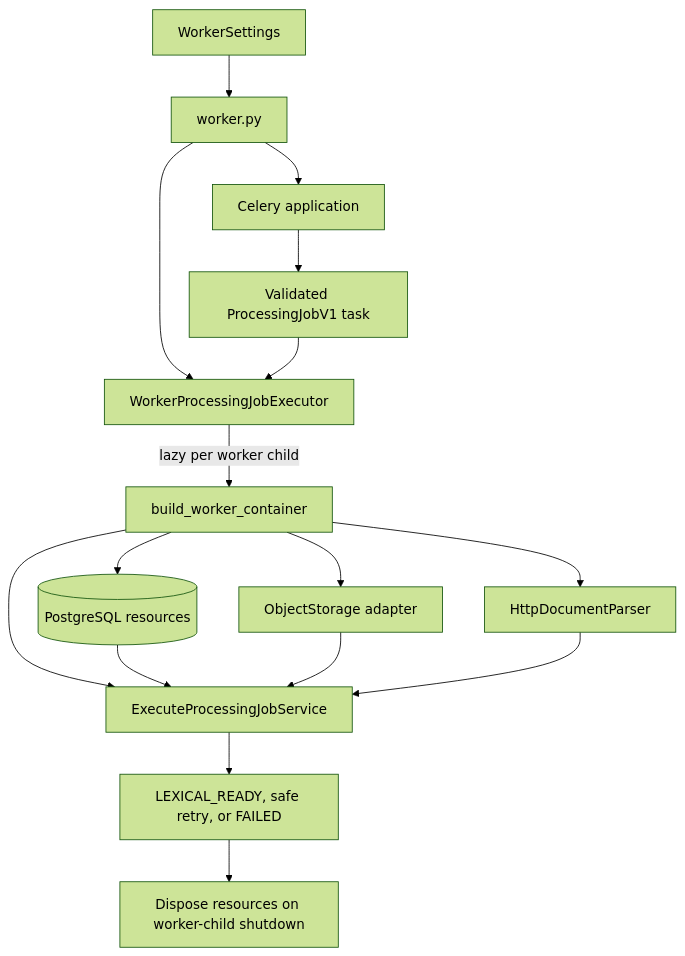
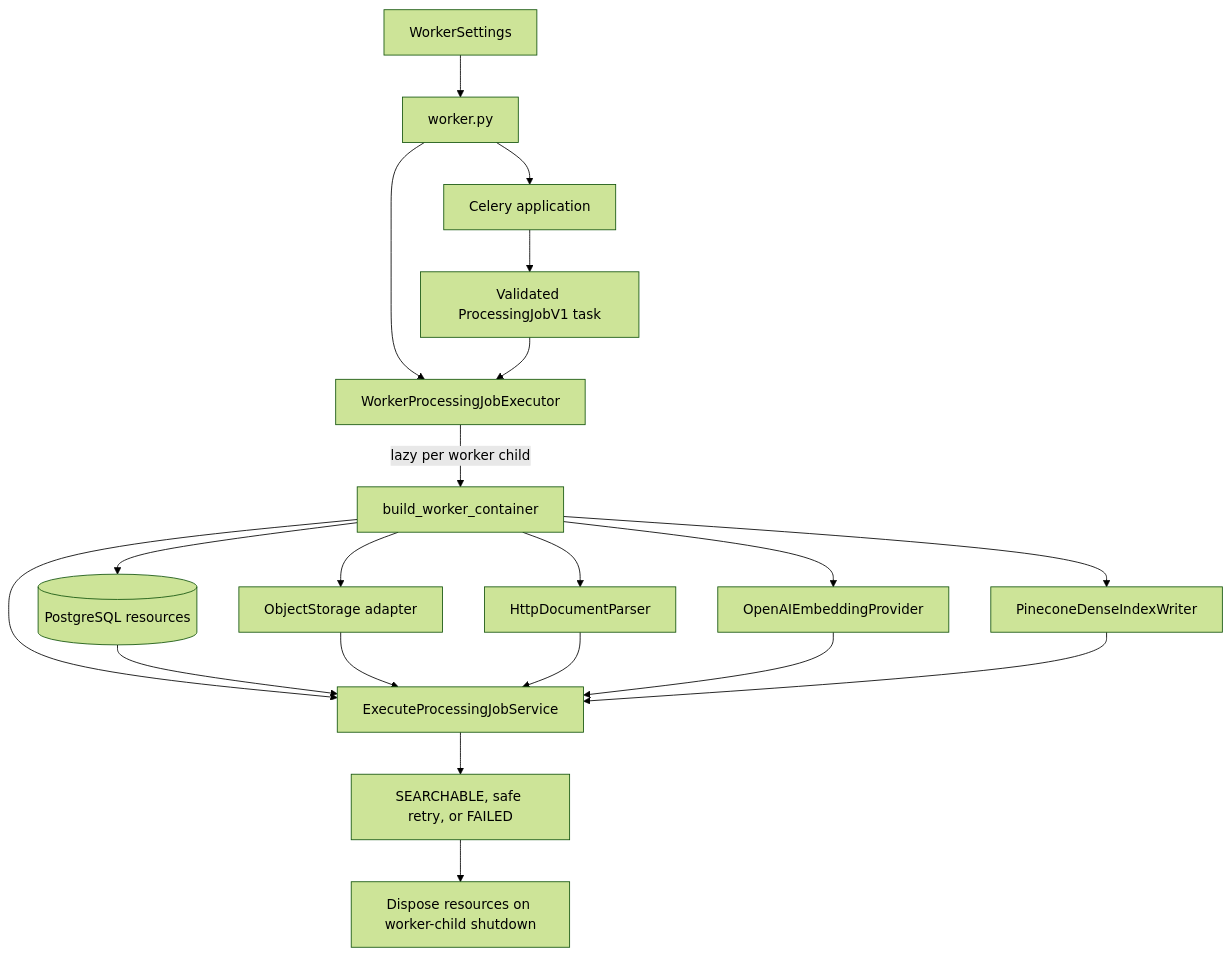
The second of 2 diagrams in backend/src/investment_research/README.md (rnkraus/investment-research), drawn with Mermaid (forest theme) before and after one commit. The commit also changed other lines of this file and 1 other file, not shown here.

Commit message:
docs: describe searchable worker lifecycle

````diff
--- a/backend/src/investment_research/README.md
+++ b/backend/src/investment_research/README.md
@@ -70,18 +70,22 @@
 ```mermaid
 flowchart TD
     SETTINGS[WorkerSettings] --> ENTRY[worker.py]
     ENTRY --> CELERY[Celery application]
     ENTRY --> EXECUTOR[WorkerProcessingJobExecutor]
     CELERY --> TASK[Validated ProcessingJobV1 task]
     TASK --> EXECUTOR
     EXECUTOR -->|lazy per worker child| BOOT[build_worker_container]
     BOOT --> DB[(PostgreSQL resources)]
     BOOT --> STORAGE[ObjectStorage adapter]
     BOOT --> PARSER[HttpDocumentParser]
+    BOOT --> EMBED[OpenAIEmbeddingProvider]
+    BOOT --> DENSE[PineconeDenseIndexWriter]
     BOOT --> SERVICE[ExecuteProcessingJobService]
     DB --> SERVICE
     STORAGE --> SERVICE
     PARSER --> SERVICE
-    SERVICE --> TERMINAL[LEXICAL_READY, safe retry, or FAILED]
+    EMBED --> SERVICE
+    DENSE --> SERVICE
+    SERVICE --> TERMINAL[SEARCHABLE, safe retry, or FAILED]
     TERMINAL --> CLOSE[Dispose resources on worker-child shutdown]
 ```
````
